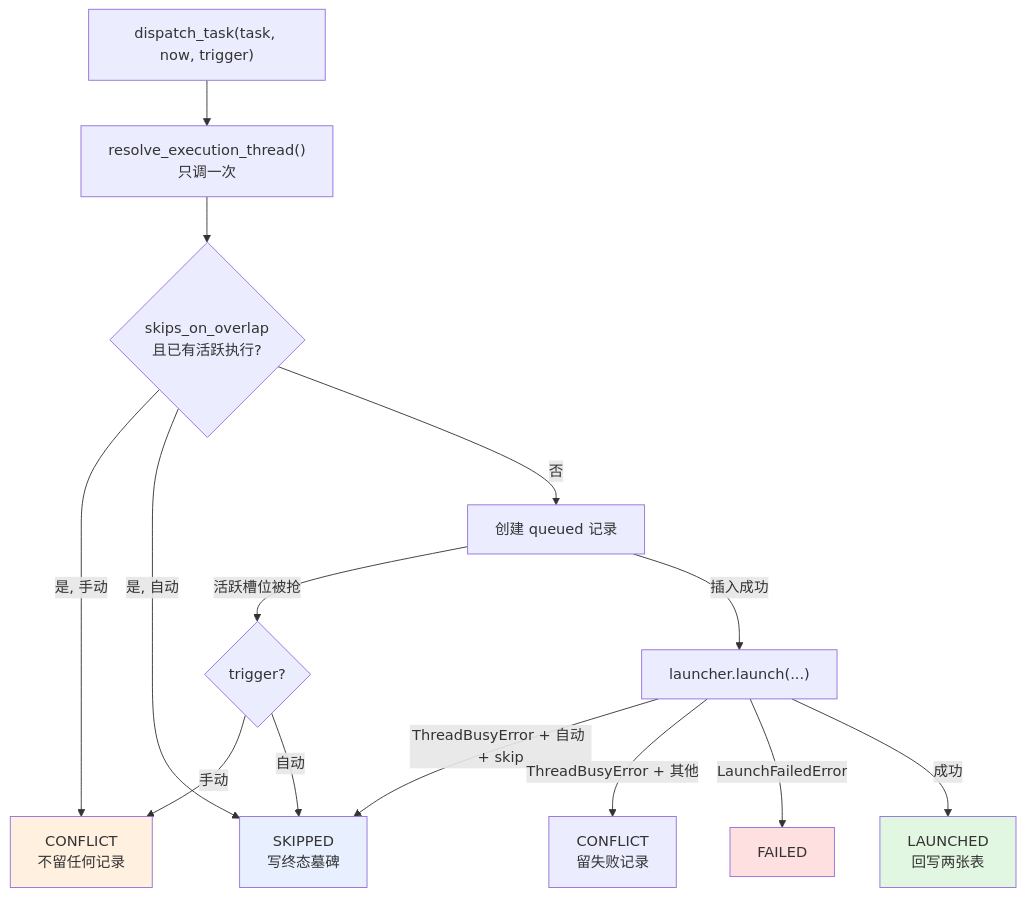
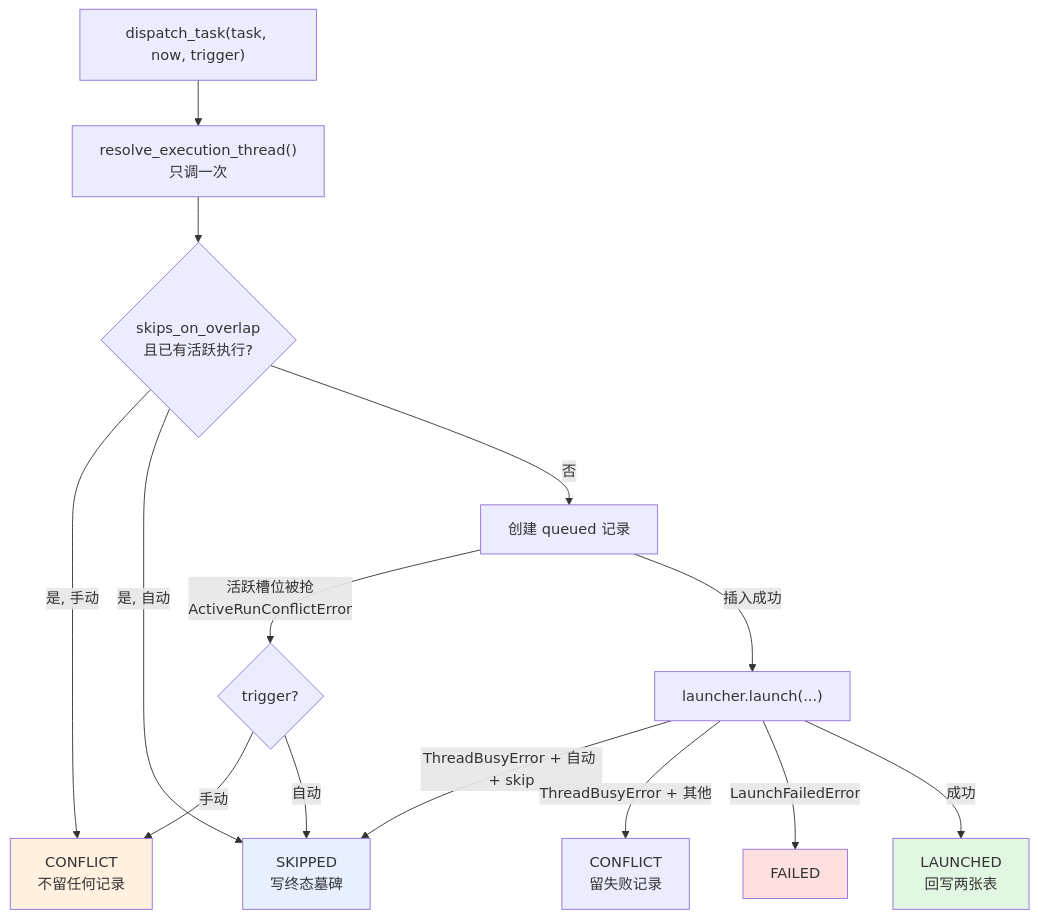
One commit to bytedance/deer-flow changed the fourth of 5 diagrams in backend/docs/SCHEDULE_DESIGN_zh.md. Above: the diagram before and after it, drawn with Mermaid. The commit also changed other lines of this file and 2 other files, not shown here.

````diff
--- a/backend/docs/SCHEDULE_DESIGN_zh.md
+++ b/backend/docs/SCHEDULE_DESIGN_zh.md
@@ -443,21 +286,21 @@
 ```mermaid
 flowchart TD
     A["dispatch_task(task, now, trigger)"] --> B["resolve_execution_thread()<br/>只调一次"]
     B --> C{"skips_on_overlap<br/>且已有活跃执行?"}
     C -->|是, 手动| D["CONFLICT<br/>不留任何记录"]
     C -->|是, 自动| E["SKIPPED<br/>写终态墓碑"]
     C -->|否| F["创建 queued 记录"]
-    F -->|"活跃槽位被抢"| G{"trigger?"}
+    F -->|"活跃槽位被抢<br/>ActiveRunConflictError"| G{"trigger?"}
     G -->|手动| D
     G -->|自动| E
     F -->|插入成功| H["launcher.launch(...)"]
     H -->|ThreadBusyError + 自动 + skip| E
     H -->|ThreadBusyError + 其他| I["CONFLICT<br/>留失败记录"]
     H -->|LaunchFailedError| J["FAILED"]
     H -->|成功| K["LAUNCHED<br/>回写两张表"]
 
     style D fill:#fff0e0
     style E fill:#e8f0ff
     style J fill:#ffe0e0
     style K fill:#e2f7e2
 ```
````
